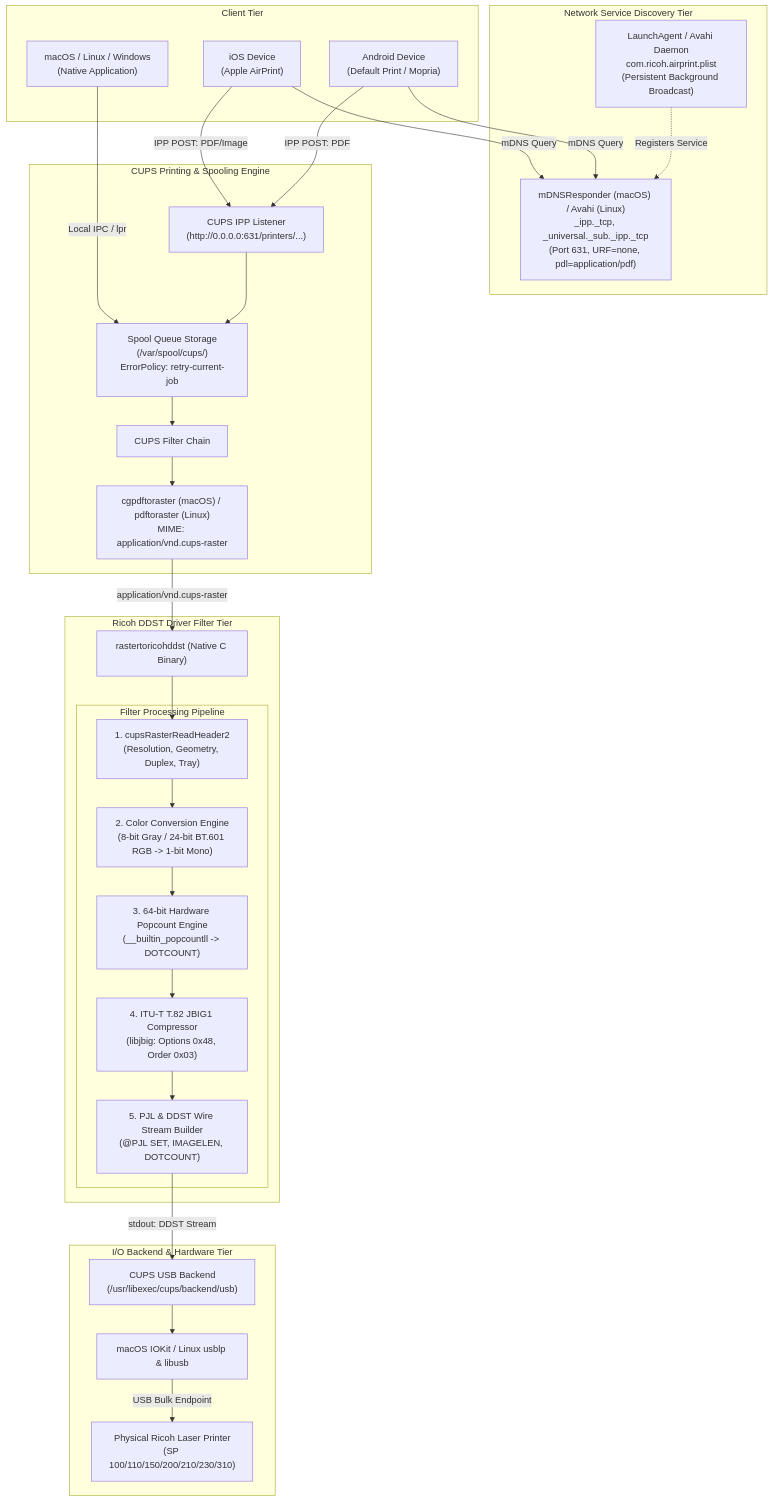
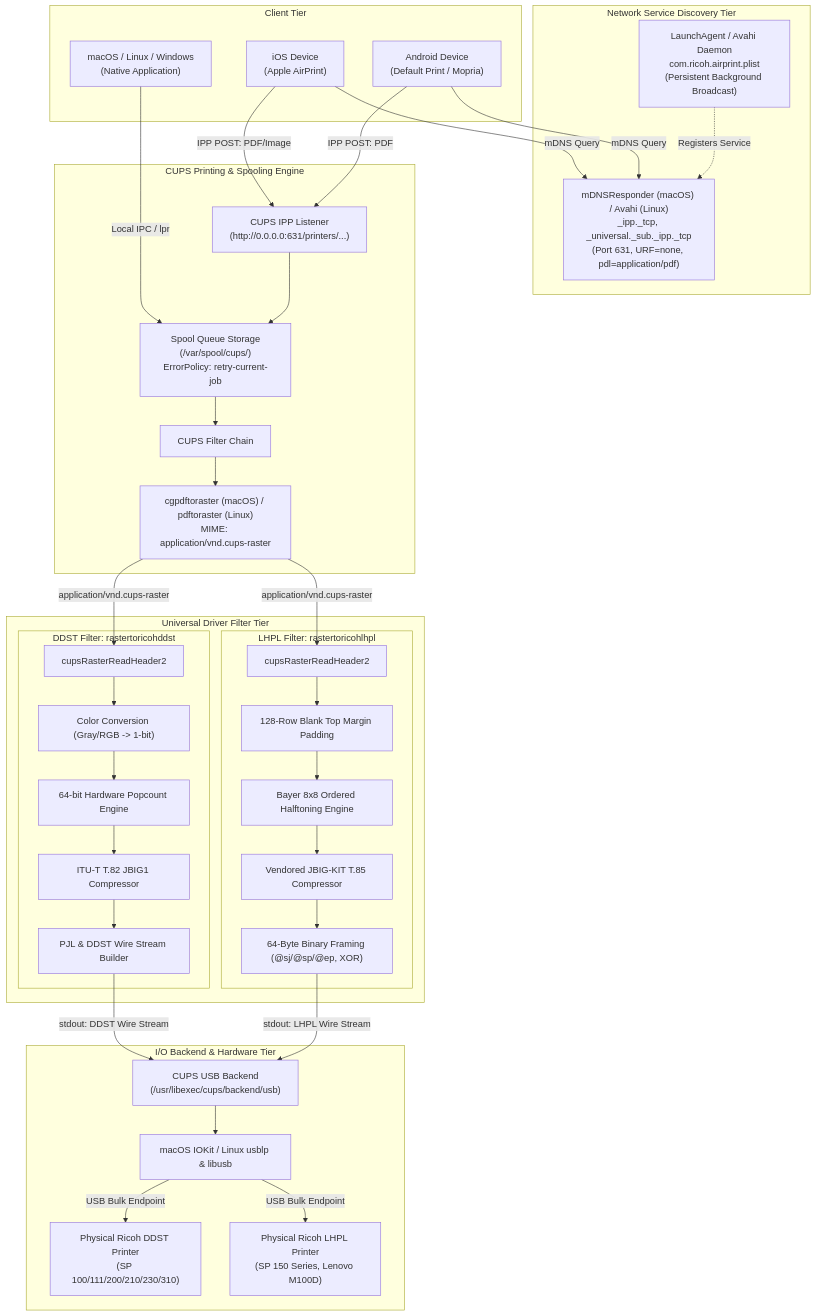
The first of 2 diagrams in SYSTEM_DESIGN.md (ankitsingh99/ricoh-universal-ddst-driver), drawn with Mermaid before and after one commit. The commit also changed other lines of this file and 33 other files, not shown here.

First line of the commit message:
docs: update driver suite name and documentation to formally incorporate LHPL

````diff
--- a/SYSTEM_DESIGN.md
+++ b/SYSTEM_DESIGN.md
@@ -17,55 +19,69 @@
 ```mermaid
 flowchart TD
     subgraph Clients["Client Tier"]
         iOS["iOS Device\n(Apple AirPrint)"]
         Android["Android Device\n(Default Print / Mopria)"]
         Desktop["macOS / Linux / Windows\n(Native Application)"]
     end
 
     subgraph Discovery["Network Service Discovery Tier"]
         mDNS["mDNSResponder (macOS) / Avahi (Linux)\n_ipp._tcp, _universal._sub._ipp._tcp\n(Port 631, URF=none, pdl=application/pdf)"]
         LaunchAgent["LaunchAgent / Avahi Daemon\ncom.ricoh.airprint.plist\n(Persistent Background Broadcast)"]
     end
 
     subgraph Spooler["CUPS Printing & Spooling Engine"]
         IPP["CUPS IPP Listener\n(http://0.0.0.0:631/printers/...)"]
         SpoolQueue["Spool Queue Storage\n(/var/spool/cups/)\nErrorPolicy: retry-current-job"]
         FilterPipeline["CUPS Filter Chain"]
         PDFtoRaster["cgpdftoraster (macOS) / pdftoraster (Linux)\nMIME: application/vnd.cups-raster"]
     end
 
-    subgraph DriverFilter["Ricoh DDST Driver Filter Tier"]
-        CFilter["rastertoricohddst (Native C Binary)"]
-        subgraph Pipeline["Filter Processing Pipeline"]
-            HdrParse["1. cupsRasterReadHeader2\n(Resolution, Geometry, Duplex, Tray)"]
-            ColorConv["2. Color Conversion Engine\n(8-bit Gray / 24-bit BT.601 RGB -> 1-bit Mono)"]
-            Popcount["3. 64-bit Hardware Popcount Engine\n(__builtin_popcountll -> DOTCOUNT)"]
-            JBIG["4. ITU-T T.82 JBIG1 Compressor\n(libjbig: Options 0x48, Order 0x03)"]
-            PJL["5. PJL & DDST Wire Stream Builder\n(@PJL SET, IMAGELEN, DOTCOUNT)"]
+    subgraph DriverFilter["Universal Driver Filter Tier"]
+        subgraph DDST_Branch["DDST Filter: rastertoricohddst"]
+            DDST_Hdr["cupsRasterReadHeader2"]
+            DDST_Color["Color Conversion (Gray/RGB -> 1-bit)"]
+            DDST_Pop["64-bit Hardware Popcount Engine"]
+            DDST_JBIG["ITU-T T.82 JBIG1 Compressor"]
+            DDST_PJL["PJL & DDST Wire Stream Builder"]
+        end
+
+        subgraph LHPL_Branch["LHPL Filter: rastertoricohlhpl"]
+            LHPL_Hdr["cupsRasterReadHeader2"]
+            LHPL_Pad["128-Row Blank Top Margin Padding"]
+            LHPL_Bayer["Bayer 8x8 Ordered Halftoning Engine"]
+            LHPL_T85["Vendored JBIG-KIT T.85 Compressor"]
+            LHPL_Frames["64-Byte Binary Framing (@sj/@sp/@ep, XOR)"]
         end
     end
 
     subgraph Backend["I/O Backend & Hardware Tier"]
         USBBackend["CUPS USB Backend\n(/usr/libexec/cups/backend/usb)"]
         IOKit["macOS IOKit / Linux usblp & libusb"]
-        Printer["Physical Ricoh Laser Printer\n(SP 100/110/150/200/210/230/310)"]
+        PrinterDDST["Physical Ricoh DDST Printer\n(SP 100/111/200/210/230/310)"]
+        PrinterLHPL["Physical Ricoh LHPL Printer\n(SP 150 Series, Lenovo M100D)"]
     end
 
     iOS -->|mDNS Query| mDNS
     Android -->|mDNS Query| mDNS
     LaunchAgent -.->|Registers Service| mDNS
 
     iOS -->|IPP POST: PDF/Image| IPP
     Android -->|IPP POST: PDF| IPP
     Desktop -->|Local IPC / lpr| SpoolQueue
 
     IPP --> SpoolQueue
     SpoolQueue --> FilterPipeline
     FilterPipeline --> PDFtoRaster
-    PDFtoRaster -->|application/vnd.cups-raster| CFilter
+    PDFtoRaster -->|application/vnd.cups-raster| DDST_Hdr
+    PDFtoRaster -->|application/vnd.cups-raster| LHPL_Hdr
 
-    CFilter --> HdrParse --> ColorConv --> Popcount --> JBIG --> PJL
-    PJL -->|stdout: DDST Stream| USBBackend
+    DDST_Hdr --> DDST_Color --> DDST_Pop --> DDST_JBIG --> DDST_PJL
+    DDST_PJL -->|stdout: DDST Wire Stream| USBBackend
+
+    LHPL_Hdr --> LHPL_Pad --> LHPL_Bayer --> LHPL_T85 --> LHPL_Frames
+    LHPL_Frames -->|stdout: LHPL Wire Stream| USBBackend
+
     USBBackend --> IOKit
-    IOKit -->|USB Bulk Endpoint| Printer
+    IOKit -->|USB Bulk Endpoint| PrinterDDST
+    IOKit -->|USB Bulk Endpoint| PrinterLHPL
 ```
````
